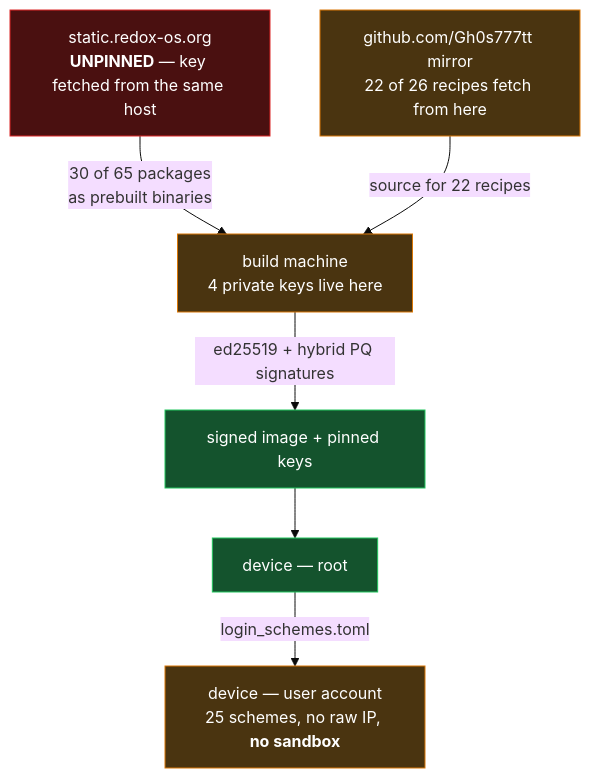
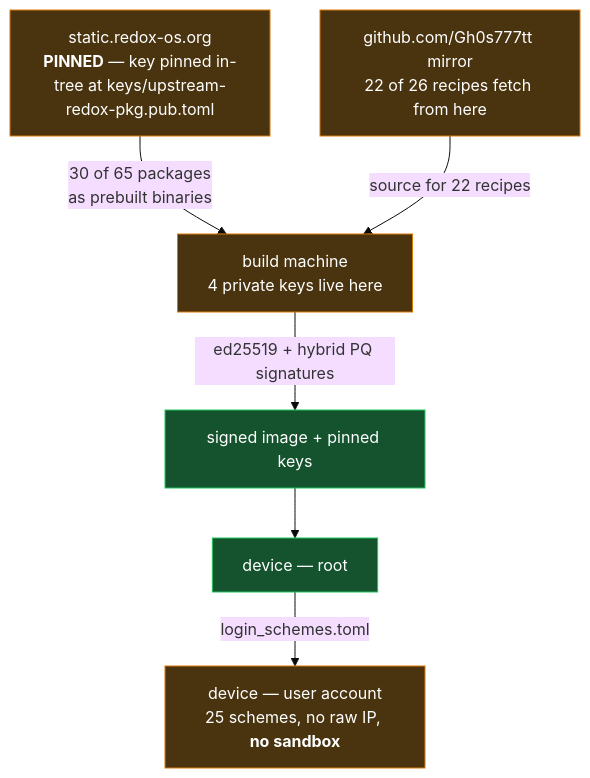
The fifth of 6 diagrams in ARCHITECTURE.md (Gh0s777tt/E-OS), drawn with Mermaid (base theme) before and after one commit. The commit also changed other lines of this file and 8 other files, not shown here.

First line of the commit message:
docs: boot verification fails closed now, the upstream key is pinned, 14 checks not 11

````diff
--- a/ARCHITECTURE.md
+++ b/ARCHITECTURE.md
@@ -189,19 +194,19 @@
 ```mermaid
 graph TD
-  UP["static.redox-os.org<br/><b>UNPINNED</b> — key fetched from the same host"]:::bad
+  UP["static.redox-os.org<br/><b>PINNED</b> — key pinned in-tree at keys/upstream-redox-pkg.pub.toml"]:::warn
   MIR["github.com/Gh0s777tt mirror<br/>22 of 26 recipes fetch from here"]:::warn
   BLD["build machine<br/>4 private keys live here"]:::warn
   IMGX["signed image + pinned keys"]:::ok
   DEVU["device — user account<br/>25 schemes, no raw IP, <b>no sandbox</b>"]:::warn
   DEVR["device — root"]:::ok
 
   UP -->|30 of 65 packages<br/>as prebuilt binaries| BLD
   MIR -->|source for 22 recipes| BLD
   BLD -->|ed25519 + hybrid PQ signatures| IMGX
   IMGX --> DEVR
   DEVR -->|login_schemes.toml| DEVU
 
   classDef ok fill:#14532d,stroke:#22c55e,color:#fff
   classDef warn fill:#4a3410,stroke:#d97706,color:#fff
   classDef bad fill:#4a1010,stroke:#dc2626,color:#fff
 ```
````
